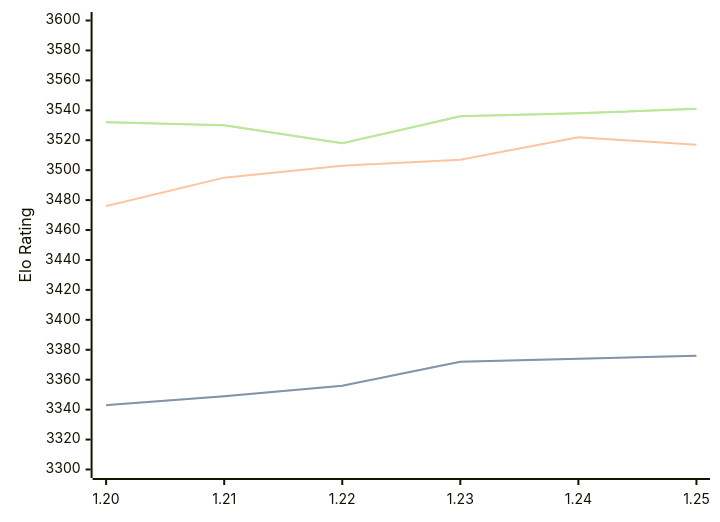
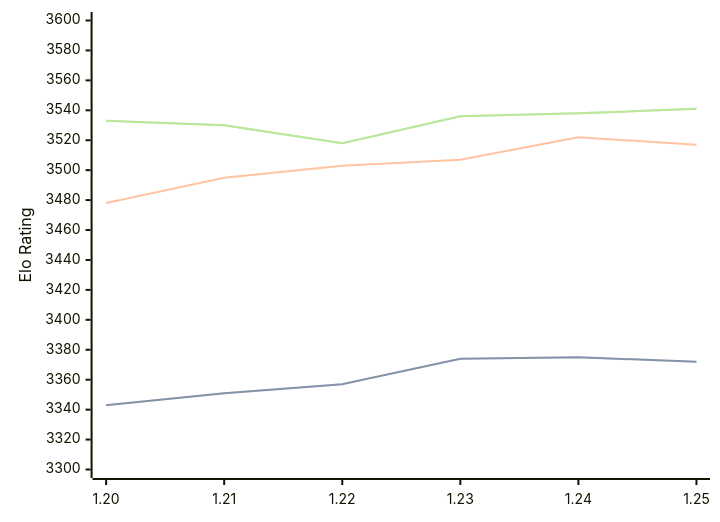
The diagram in engines/Caissa.md (computer-chess-index/cci), drawn with Mermaid before and after one commit. The commit also changed other lines of this file, not shown here.

Commit message:
Update CCI Ratings (ELO VLTC) - 2026-05-21

````diff
--- a/engines/Caissa.md
+++ b/engines/Caissa.md
@@ -65,11 +65,11 @@
 ```mermaid
 %%{init: {"theme":"base","themeVariables":{"seriesColors:['#a3a3a3','#222221','#faa371']}}}%%
 xychart-beta
   x-axis ["1.20", "1.21", "1.22", "1.23", "1.24", "1.25"]
   y-axis "Elo Rating" 3300 --> 3600
-  line "STC (8.0+0.08s)" [3343, 3349, 3356, 3372, 3374, 3376]
-  line "STC (8.0+0.08s)" [3343, 3349, 3356, 3372, 3374, 3376]
-  line "LTC (60.0+0.60s)" [3476, 3495, 3503, 3507, 3522, 3517]
-  line "VLTC (2m24s+1.12s)" [3532, 3530, 3518, 3536, 3538, 3541]
-  line "VLTC (2m24s+1.12s)" [3532, 3530, 3518, 3536, 3538, 3541]
+  line "STC (8.0+0.08s)" [3343, 3351, 3357, 3374, 3375, 3372]
+  line "STC (8.0+0.08s)" [3343, 3351, 3357, 3374, 3375, 3372]
+  line "LTC (60.0+0.60s)" [3478, 3495, 3503, 3507, 3522, 3517]
+  line "VLTC (2m24s+1.12s)" [3533, 3530, 3518, 3536, 3538, 3541]
+  line "VLTC (2m24s+1.12s)" [3533, 3530, 3518, 3536, 3538, 3541]
 ```
````
